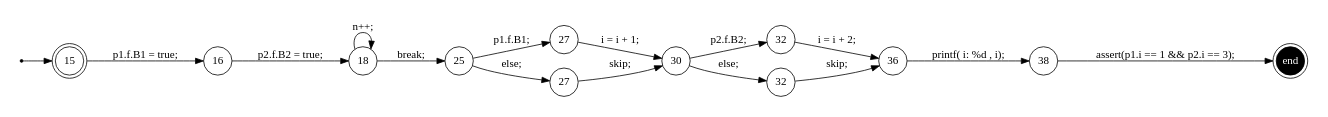
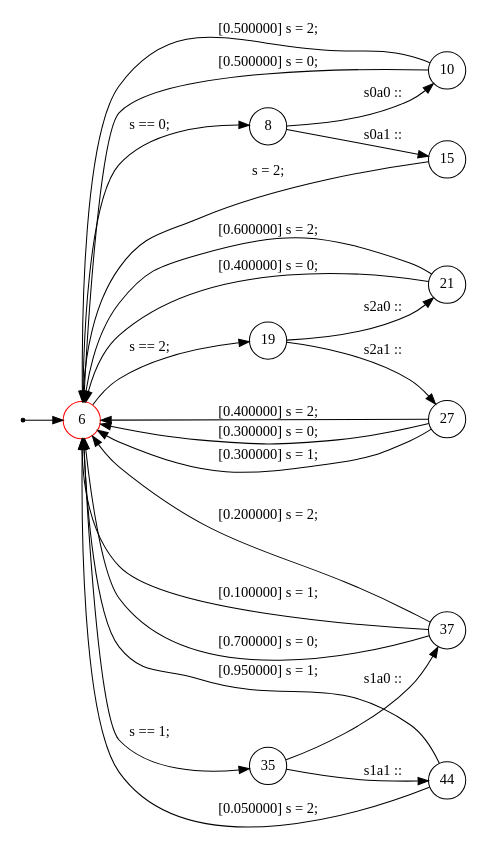
The diagram in trace/0.dot (samilazregsuidi/Daedalux), drawn with Graphviz before and after one commit. The commit also changed 277 other files, not shown here.

```diff
--- a/trace/0.dot
+++ b/trace/0.dot
@@ -1,32 +1,39 @@
 digraph finite_state_machine {
 	rankdir=LR
 	size="8,5"
-	93824993323856 [label = 15, shape = doublecircle, fixedsize = true]; 
-	s93824993323856 [shape = point];
-	e93824993319616 [shape = doublecircle, fixedsize = true, style = filled, fillcolor = black, fontcolor = white,  label = end];
-	 93824993315648 [label = 16, shape = circle, fixedsize = true ];
-	 93824993315760 [label = 18, shape = circle, fixedsize = true ];
-	 93824993316496 [label = 25, shape = circle, fixedsize = true ];
-	 93824993317216 [label = 27, shape = circle, fixedsize = true ];
-	 93824993317808 [label = 27, shape = circle, fixedsize = true ];
-	 93824993317664 [label = 30, shape = circle, fixedsize = true ];
-	 93824993318512 [label = 32, shape = circle, fixedsize = true ];
-	 93824993319232 [label = 32, shape = circle, fixedsize = true ];
-	 93824993319024 [label = 36, shape = circle, fixedsize = true ];
-	 93824993319616 [label = 38, shape = circle, fixedsize = true ];
-	s93824993323856 -> 93824993323856;
-	93824993323856 -> 93824993315648 [ label = "p1.f.B1 = true; "];
-	93824993315648 -> 93824993315760 [ label = "p2.f.B2 = true; "];
-	93824993315760 -> 93824993316496 [ label = "break; "];
-	93824993315760 -> 93824993315760 [ label = "n++; "];
-	93824993316496 -> 93824993317216 [ label = "p1.f.B1; "];
-	93824993317216 -> 93824993317664 [ label = "i = i + 1; "];
-	93824993316496 -> 93824993317808 [ label = "else; "];
-	93824993317808 -> 93824993317664 [ label = "skip; "];
-	93824993317664 -> 93824993318512 [ label = "p2.f.B2; "];
-	93824993318512 -> 93824993319024 [ label = "i = i + 2; "];
-	93824993317664 -> 93824993319232 [ label = "else; "];
-	93824993319232 -> 93824993319024 [ label = "skip; "];
-	93824993319024 -> 93824993319616 [ label = "printf( i: %d , i); "];
-	93824993319616 -> e93824993319616 [ label = "assert(p1.i == 1 && p2.i == 3); "];
+	93824993319552 [label = 6, shape = doublecircle, color = red, fixedsize = true]; 
+	s93824993319552 [shape = point];
+	 93824993319552 [label = 6, shape = circle, color = red, fixedsize = true ];
+	 93824993310416 [label = 8, shape = circle, fixedsize = true ];
+	 93824993310976 [label = 10, shape = circle, fixedsize = true ];
+	 93824993312496 [label = 15, shape = circle, fixedsize = true ];
+	 93824993312944 [label = 19, shape = circle, fixedsize = true ];
+	 93824993313712 [label = 21, shape = circle, fixedsize = true ];
+	 93824993315232 [label = 27, shape = circle, fixedsize = true ];
+	 93824993316688 [label = 35, shape = circle, fixedsize = true ];
+	 93824993317632 [label = 37, shape = circle, fixedsize = true ];
+	 93824993325184 [label = 44, shape = circle, fixedsize = true ];
+	s93824993319552 -> 93824993319552;
+	93824993319552 -> 93824993310416 [ label = "s == 0; "];
+	93824993310416 -> 93824993310976 [ label = "s0a0 :: "];
+	93824993310976 -> 93824993319552 [ label = " [0.500000] s = 0; "];
+	93824993310976 -> 93824993319552 [ label = " [0.500000] s = 2; "];
+	93824993310416 -> 93824993312496 [ label = "s0a1 :: "];
+	93824993312496 -> 93824993319552 [ label = "s = 2; "];
+	93824993319552 -> 93824993312944 [ label = "s == 2; "];
+	93824993312944 -> 93824993313712 [ label = "s2a0 :: "];
+	93824993313712 -> 93824993319552 [ label = " [0.400000] s = 0; "];
+	93824993313712 -> 93824993319552 [ label = " [0.600000] s = 2; "];
+	93824993312944 -> 93824993315232 [ label = "s2a1 :: "];
+	93824993315232 -> 93824993319552 [ label = " [0.400000] s = 2; "];
+	93824993315232 -> 93824993319552 [ label = " [0.300000] s = 0; "];
+	93824993315232 -> 93824993319552 [ label = " [0.300000] s = 1; "];
+	93824993319552 -> 93824993316688 [ label = "s == 1; "];
+	93824993316688 -> 93824993317632 [ label = "s1a0 :: "];
+	93824993317632 -> 93824993319552 [ label = " [0.100000] s = 1; "];
+	93824993317632 -> 93824993319552 [ label = " [0.700000] s = 0; "];
+	93824993317632 -> 93824993319552 [ label = " [0.200000] s = 2; "];
+	93824993316688 -> 93824993325184 [ label = "s1a1 :: "];
+	93824993325184 -> 93824993319552 [ label = " [0.950000] s = 1; "];
+	93824993325184 -> 93824993319552 [ label = " [0.050000] s = 2; "];
 }
```
